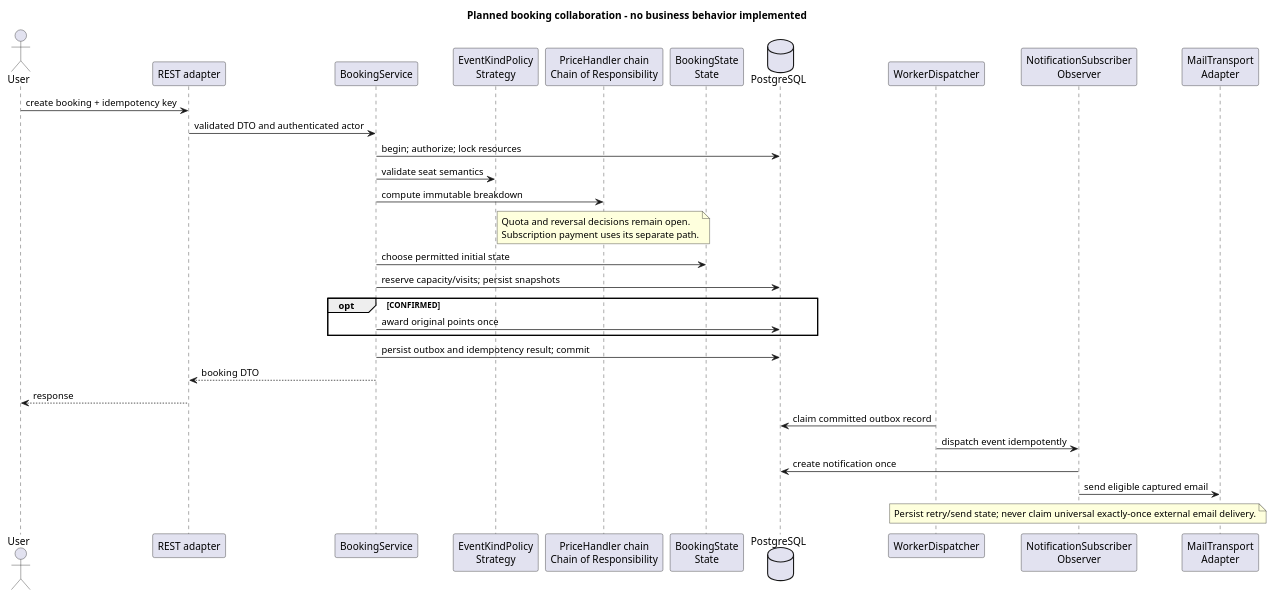
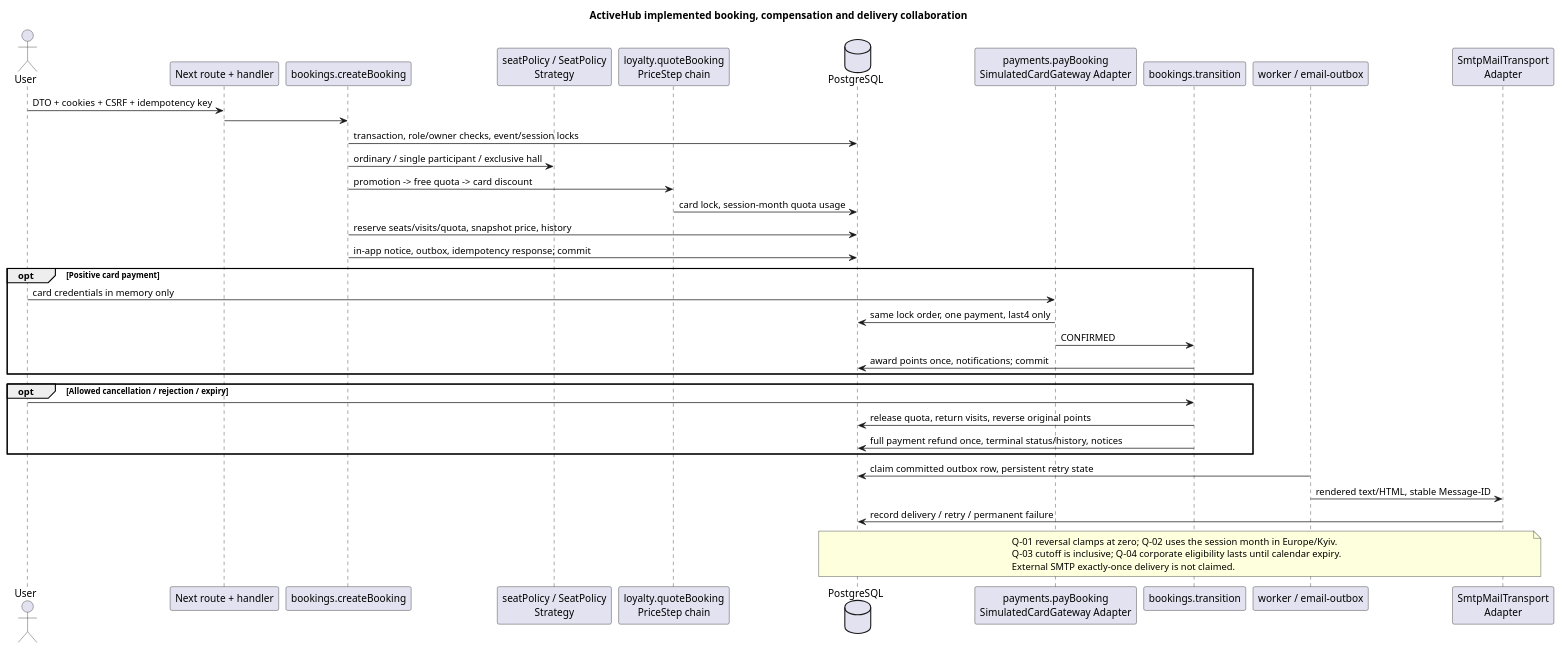
The diagram in docs/diagrams/booking-patterns.puml (Vitaliiir16/activehub-backend), drawn with PlantUML before and after one commit. The commit also changed 13 other files, not shown here.

Commit message:
docs(acceptance): record verified delivery and current system models

```diff
--- a/docs/diagrams/booking-patterns.puml
+++ b/docs/diagrams/booking-patterns.puml
@@ -1,32 +1,40 @@
 @startuml
-title Planned booking collaboration - no business behavior implemented
+title ActiveHub implemented booking, compensation and delivery collaboration
 actor User
-participant "REST adapter" as Route
-participant "BookingService" as Service
-participant "EventKindPolicy\nStrategy" as Policy
-participant "PriceHandler chain\nChain of Responsibility" as Price
-participant "BookingState\nState" as State
-database PostgreSQL
-participant "WorkerDispatcher" as Worker
-participant "NotificationSubscriber\nObserver" as Observer
-participant "MailTransport\nAdapter" as Mail
-User -> Route : create booking + idempotency key
-Route -> Service : validated DTO and authenticated actor
-Service -> PostgreSQL : begin; authorize; lock resources
-Service -> Policy : validate seat semantics
-Service -> Price : compute immutable breakdown
-note over Price : Quota and reversal decisions remain open.\nSubscription payment uses its separate path.
-Service -> State : choose permitted initial state
-Service -> PostgreSQL : reserve capacity/visits; persist snapshots
-opt CONFIRMED
- Service -> PostgreSQL : award original points once
+participant "Next route + handler" as Route
+participant "bookings.createBooking" as Booking
+participant "seatPolicy / SeatPolicy\nStrategy" as Policy
+participant "loyalty.quoteBooking\nPriceStep chain" as Price
+database PostgreSQL as DB
+participant "payments.payBooking\nSimulatedCardGateway Adapter" as Pay
+participant "bookings.transition" as Transition
+participant "worker / email-outbox" as Worker
+participant "SmtpMailTransport\nAdapter" as Mail
+User -> Route : DTO + cookies + CSRF + idempotency key
+Route -> Booking
+Booking -> DB : transaction, role/owner checks, event/session locks
+Booking -> Policy : ordinary / single participant / exclusive hall
+Booking -> Price : promotion -> free quota -> card discount
+Price -> DB : card lock, session-month quota usage
+Booking -> DB : reserve seats/visits/quota, snapshot price, history
+Booking -> DB : in-app notice, outbox, idempotency response; commit
+opt Positive card payment
+ User -> Pay : card credentials in memory only
+ Pay -> DB : same lock order, one payment, last4 only
+ Pay -> Transition : CONFIRMED
+ Transition -> DB : award points once, notifications; commit
 end
-Service -> PostgreSQL : persist outbox and idempotency result; commit
-Service --> Route : booking DTO
-Route --> User : response
-Worker -> PostgreSQL : claim committed outbox record
-Worker -> Observer : dispatch event idempotently
-Observer -> PostgreSQL : create notification once
-Observer -> Mail : send eligible captured email
-note over Worker,Mail : Persist retry/send state; never claim universal exactly-once external email delivery.
+opt Allowed cancellation / rejection / expiry
+ User -> Transition
+ Transition -> DB : release quota, return visits, reverse original points
+ Transition -> DB : full payment refund once, terminal status/history, notices
+end
+Worker -> DB : claim committed outbox row, persistent retry state
+Worker -> Mail : rendered text/HTML, stable Message-ID
+Mail -> DB : record delivery / retry / permanent failure
+note over DB,Mail
+Q-01 reversal clamps at zero; Q-02 uses the session month in Europe/Kyiv.
+Q-03 cutoff is inclusive; Q-04 corporate eligibility lasts until calendar expiry.
+External SMTP exactly-once delivery is not claimed.
+end note
 @enduml
```
